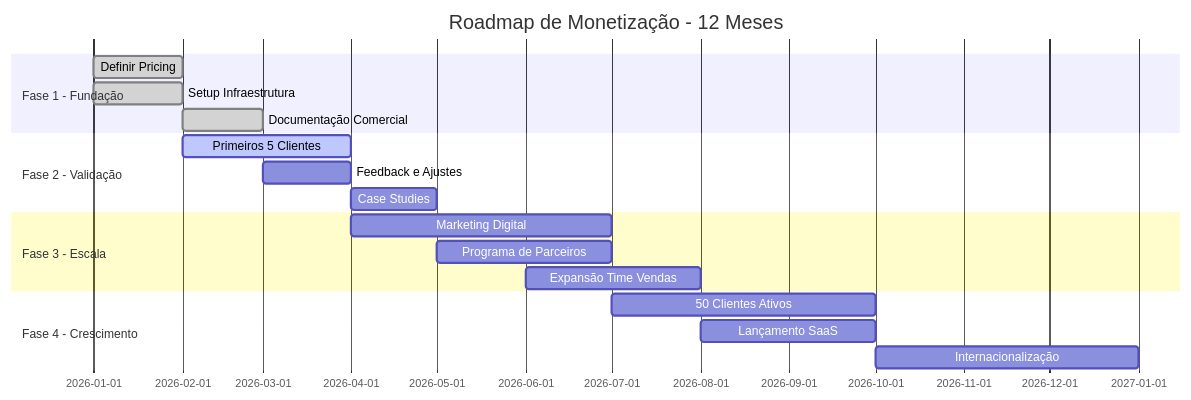
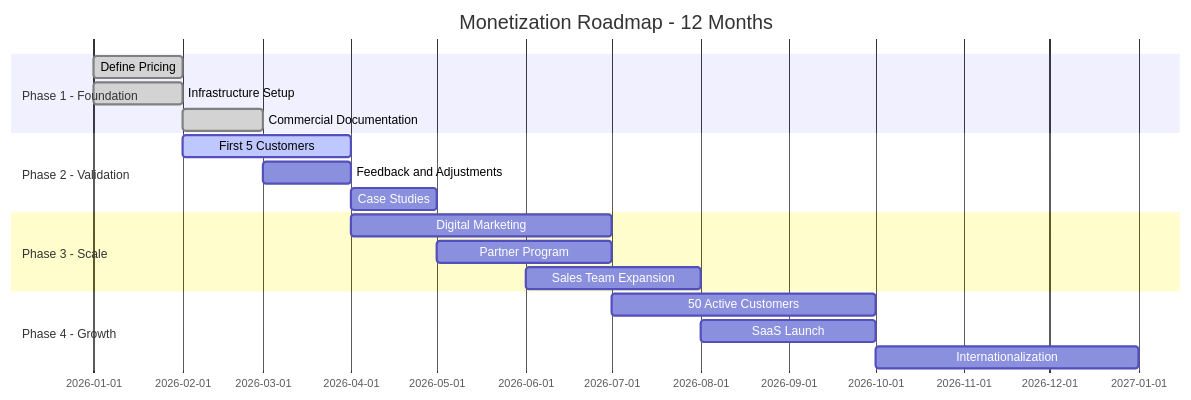
One commit to RenanLisboa8/n8n-clinic-multiagent changed diagram 11 of 12 in docs/MONETIZATION.md. Above: the diagram before and after it, drawn with Mermaid. The commit also changed other lines of this file and 4 other files, not shown here.

First line of the commit message:
Update documentation and diagrams for improved clarity and accessibility

````diff
--- a/docs/MONETIZATION.md
+++ b/docs/MONETIZATION.md
@@ -401,24 +409,24 @@
 ```mermaid
 gantt
-    title Roadmap de Monetização - 12 Meses
+    title Monetization Roadmap - 12 Months
     dateFormat  YYYY-MM
-    section Fase 1 - Fundação
-    Definir Pricing           :done, p1, 2026-01, 1M
-    Setup Infraestrutura      :done, p2, 2026-01, 1M
-    Documentação Comercial    :done, p3, 2026-02, 1M
+    section Phase 1 - Foundation
+    Define Pricing           :done, p1, 2026-01, 1M
+    Infrastructure Setup     :done, p2, 2026-01, 1M
+    Commercial Documentation :done, p3, 2026-02, 1M
     
-    section Fase 2 - Validação
-    Primeiros 5 Clientes      :active, v1, 2026-02, 2M
-    Feedback e Ajustes        :v2, 2026-03, 1M
-    Case Studies              :v3, 2026-04, 1M
+    section Phase 2 - Validation
+    First 5 Customers        :active, v1, 2026-02, 2M
+    Feedback and Adjustments :v2, 2026-03, 1M
+    Case Studies             :v3, 2026-04, 1M
     
-    section Fase 3 - Escala
-    Marketing Digital         :s1, 2026-04, 3M
-    Programa de Parceiros     :s2, 2026-05, 2M
-    Expansão Time Vendas      :s3, 2026-06, 2M
+    section Phase 3 - Scale
+    Digital Marketing        :s1, 2026-04, 3M
+    Partner Program          :s2, 2026-05, 2M
+    Sales Team Expansion     :s3, 2026-06, 2M
     
-    section Fase 4 - Crescimento
-    50 Clientes Ativos        :g1, 2026-07, 3M
-    Lançamento SaaS           :g2, 2026-08, 2M
-    Internacionalização       :g3, 2026-10, 3M
+    section Phase 4 - Growth
+    50 Active Customers      :g1, 2026-07, 3M
+    SaaS Launch              :g2, 2026-08, 2M
+    Internationalization     :g3, 2026-10, 3M
 ```
````
